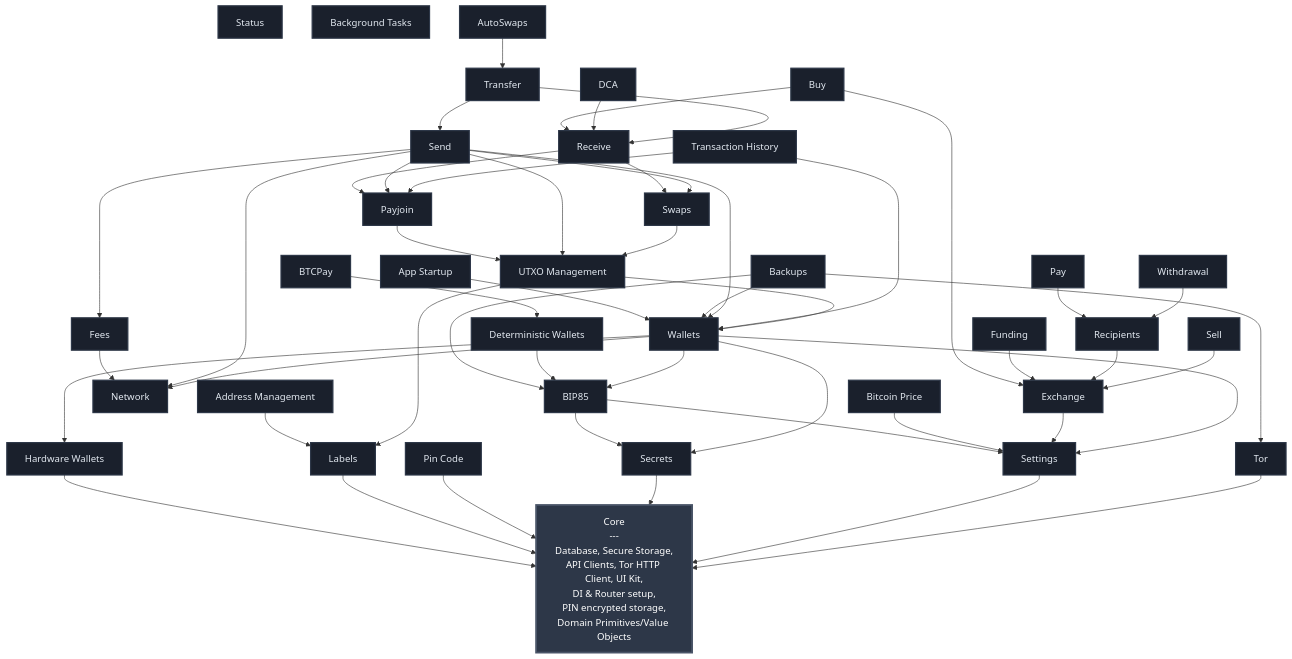
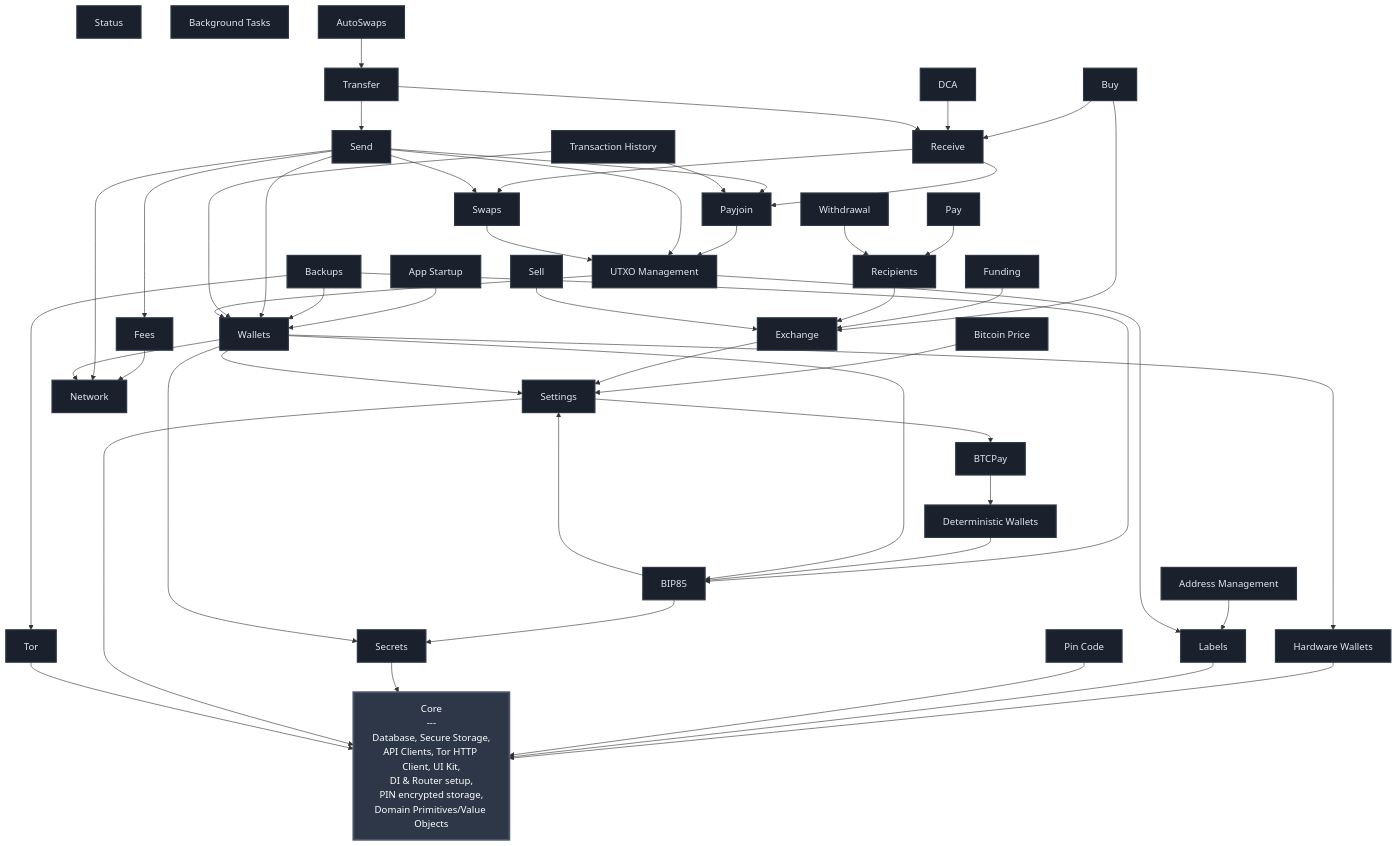
One commit to BullishNode/bullbitcoin-mobile changed the diagram in FEATURES.md. Above: the diagram before and after it, drawn with Mermaid. The commit also changed 9 other files, not shown here.

First line of the commit message:
feat(btcpay): expose samrock settings flow

```diff
--- a/FEATURES.md
+++ b/FEATURES.md
@@ -84,6 +84,7 @@
     SEND --> SWAPS
     SEND --> UTXO_MGMT
     SEND --> WALLETS
+    SETTINGS --> BTCPAY
     SETTINGS --> CORE
     SWAPS --> UTXO_MGMT
     TOR --> CORE
```
